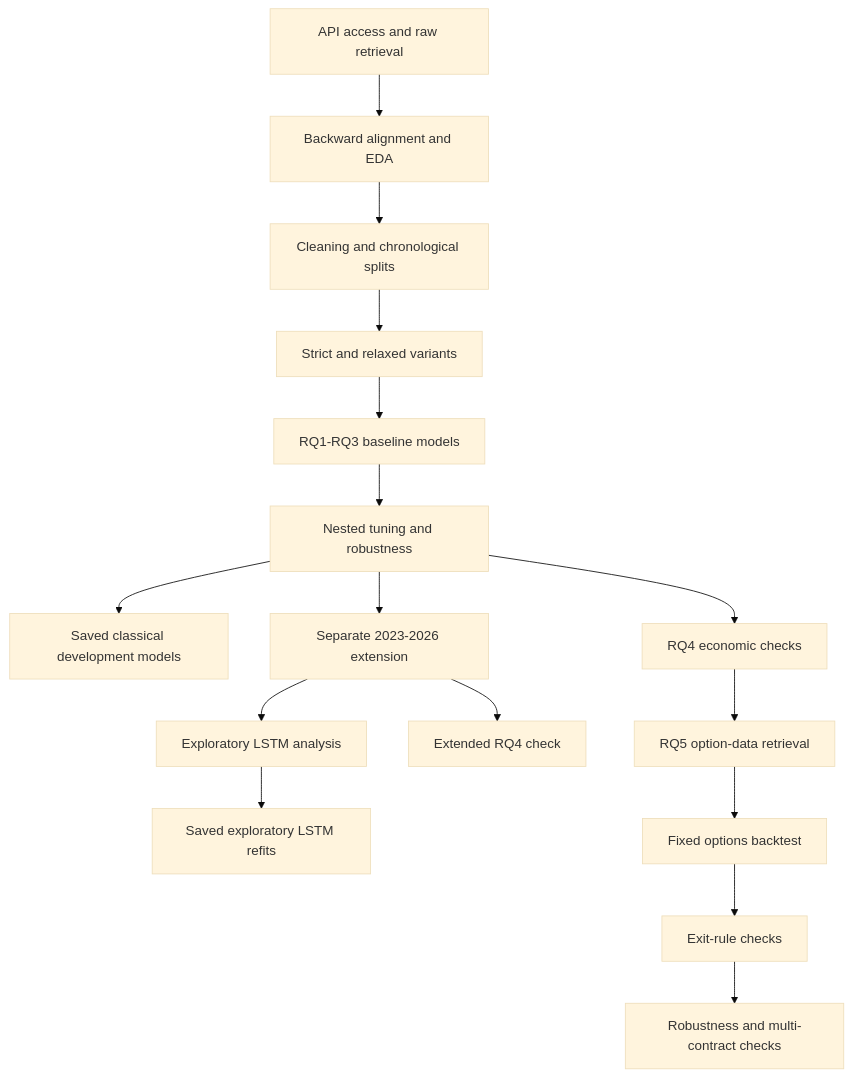
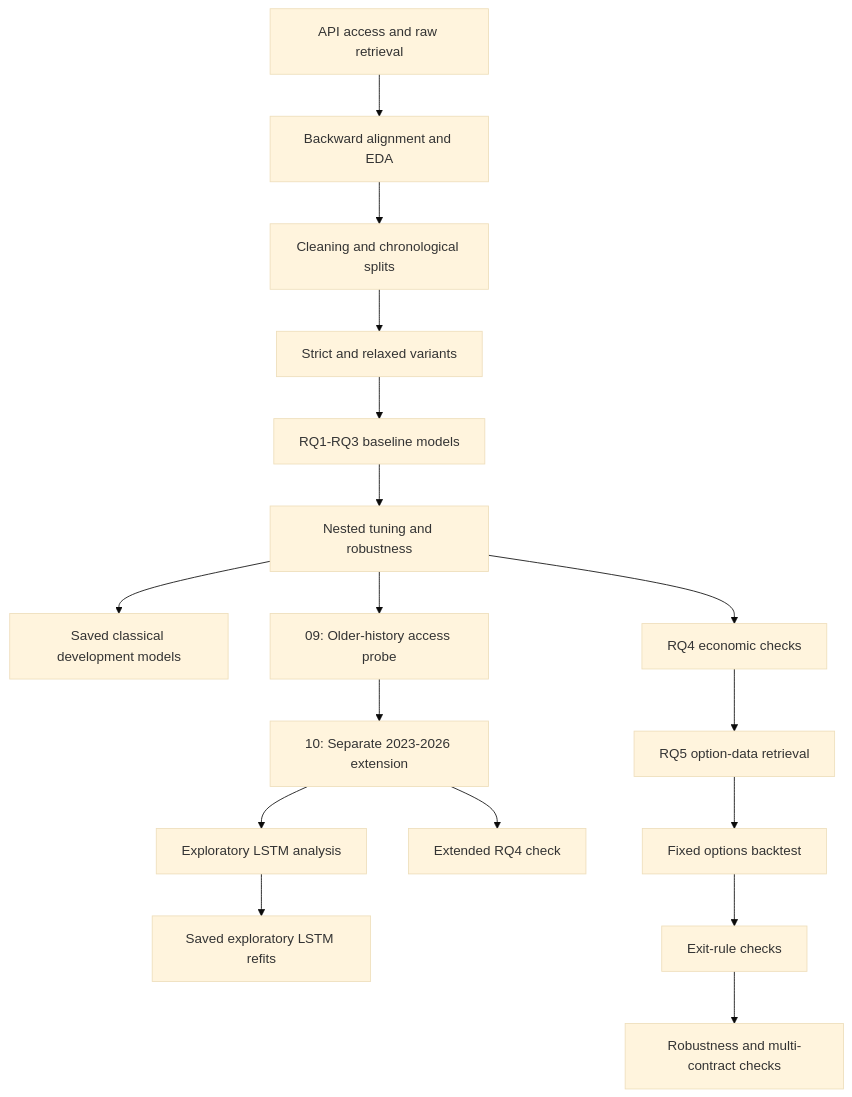
Before and after one commit to Ferreter/Dissertation: the diagram in docs/workflow.md, drawn with Mermaid (base theme). The commit also changed other lines of this file and 89 other files, not shown here.

````diff
--- a/docs/workflow.md
+++ b/docs/workflow.md
@@ -7,18 +7,19 @@
 ```mermaid
 flowchart TD
     A["API access and raw retrieval"] --> B["Backward alignment and EDA"]
     B --> C["Cleaning and chronological splits"]
     C --> D["Strict and relaxed variants"]
     D --> E["RQ1-RQ3 baseline models"]
     E --> F["Nested tuning and robustness"]
     F --> G["Saved classical development models"]
-    F --> H["Separate 2023-2026 extension"]
+    F --> H0["09: Older-history access probe"]
+    H0 --> H["10: Separate 2023-2026 extension"]
     H --> I["Exploratory LSTM analysis"]
     I --> J["Saved exploratory LSTM refits"]
     F --> K["RQ4 economic checks"]
     H --> L["Extended RQ4 check"]
     K --> M["RQ5 option-data retrieval"]
     M --> N["Fixed options backtest"]
     N --> O["Exit-rule checks"]
     O --> P["Robustness and multi-contract checks"]
 ```
````
